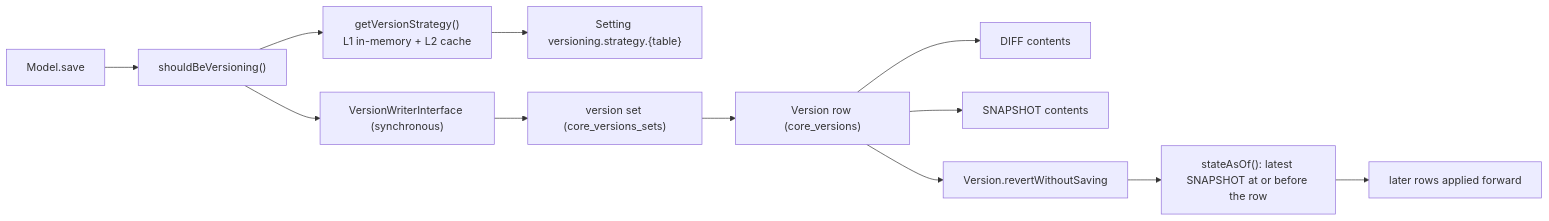
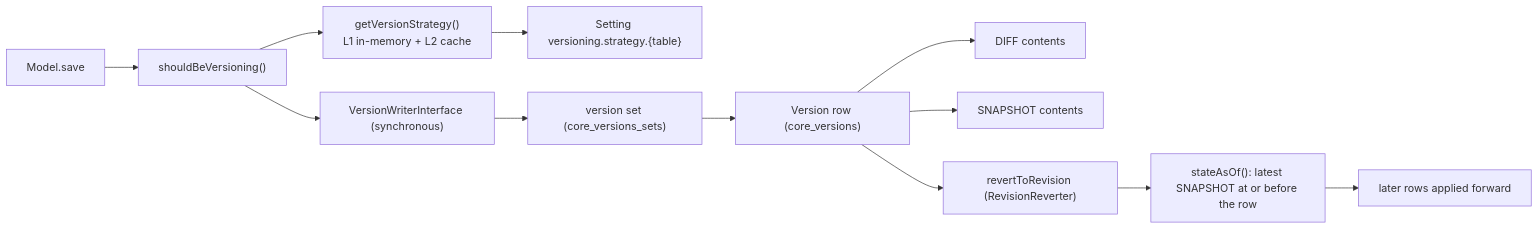
Before and after one commit to getlaraplate/laracore: the fifth of 14 diagrams in docs/rag/MODULE.md, drawn with Mermaid. The commit also changed other lines of this file and 2 other files, not shown here.

First line of the commit message:
docs(versioning): reverting to a revision, its modes and its refusals

````diff
--- a/docs/rag/MODULE.md
+++ b/docs/rag/MODULE.md
@@ -268,24 +268,24 @@
 ```mermaid
 flowchart LR
   Save[Model.save]
   Should["shouldBeVersioning()"]
   Strat["getVersionStrategy()<br/>L1 in-memory + L2 cache"]
   Setting["Setting versioning.strategy.{table}"]
   Writer["VersionWriterInterface (synchronous)"]
   Set["version set (core_versions_sets)"]
   Vers["Version row (core_versions)"]
   DIFF[DIFF contents]
   SNAP[SNAPSHOT contents]
-  Revert["Version.revertWithoutSaving"]
+  Revert["revertToRevision (RevisionReverter)"]
   Anchor["stateAsOf(): latest SNAPSHOT at or before the row"]
   Replay["later rows applied forward"]
 
   Save --> Should
   Should --> Strat
   Strat --> Setting
   Should --> Writer --> Set --> Vers
   Vers --> DIFF
   Vers --> SNAP
   Vers --> Revert
   Revert --> Anchor --> Replay
 ```
````
